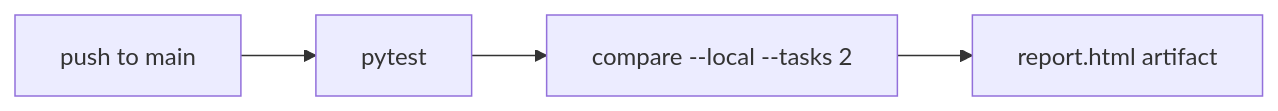
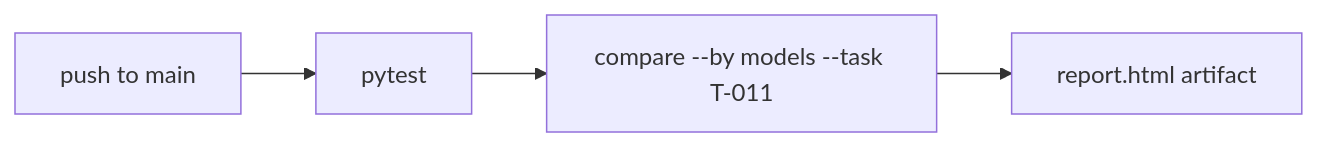
The sixth of 6 diagrams in README.md (HOSH19/HarnessLab), drawn with Mermaid before and after one commit. The commit also changed other lines of this file and 32 other files, not shown here.

First line of the commit message:
Restructure compare around models vs harnesses on stress tasks only.

````diff
--- a/README.md
+++ b/README.md
@@ -249,6 +253,6 @@
 ```mermaid
 flowchart LR
     Push[push to main] --> Unit[pytest]
-    Unit --> Smoke[compare --local --tasks 2]
+    Unit --> Smoke[compare --by models --task T-011]
     Smoke --> Artifact[report.html artifact]
 ```
````
